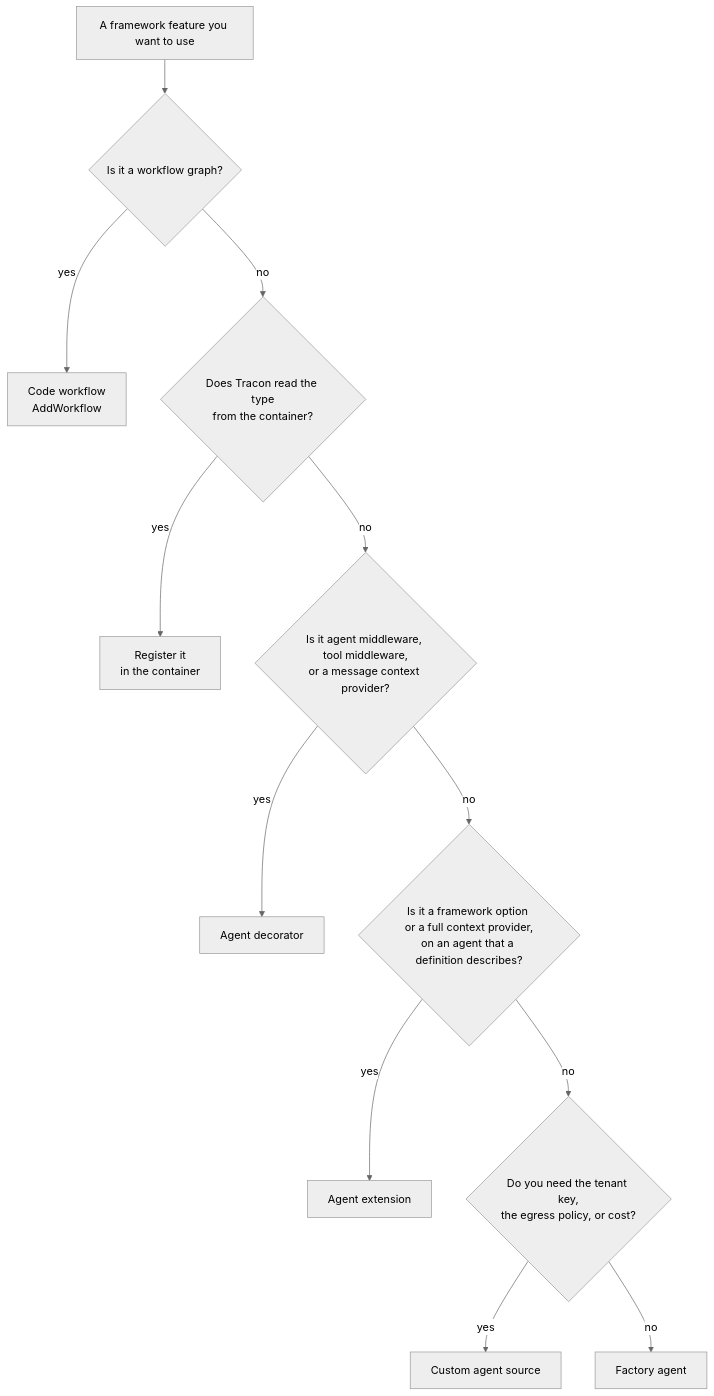
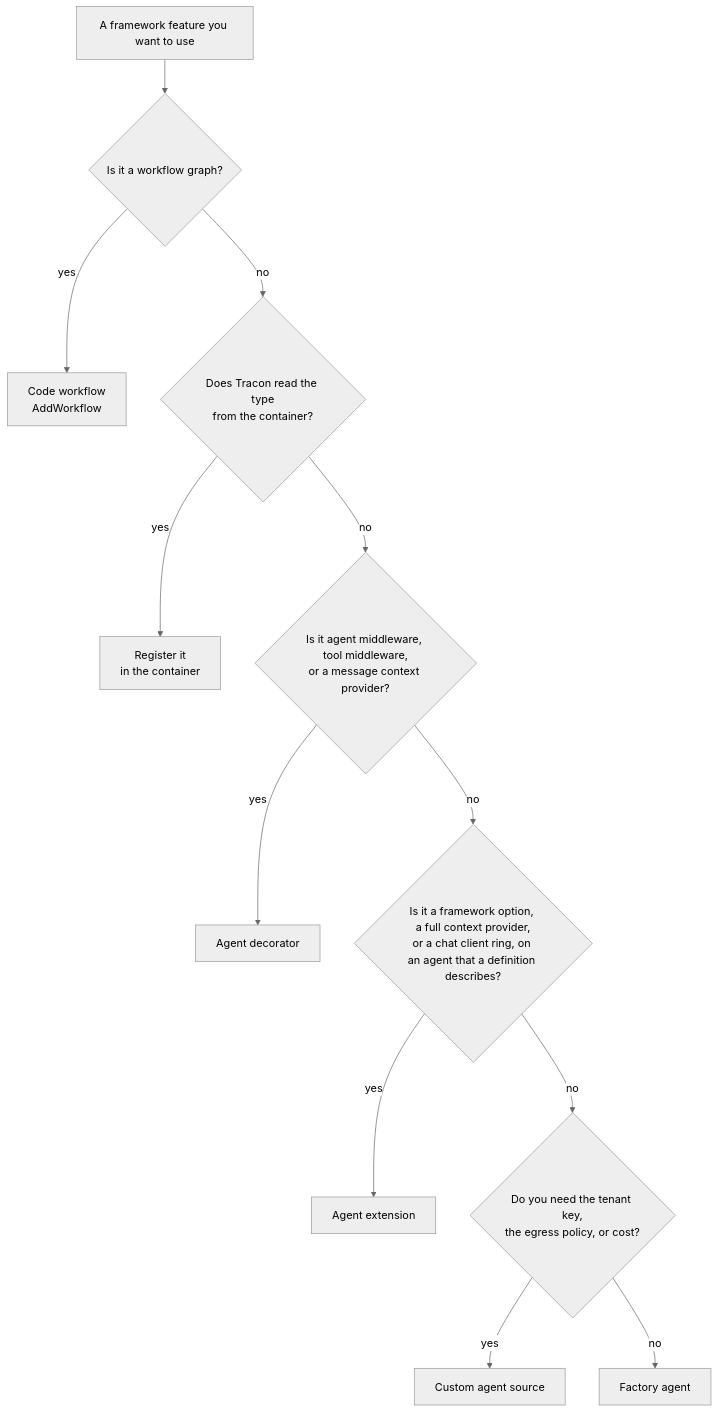
The first of 2 diagrams in docs-site/src/content/docs/guides/any-maf-feature.md (farukatasoy/Tracon), drawn with Mermaid (neutral theme) before and after one commit. The commit also changed other lines of this file and 31 other files, not shown here.

Commit message:
feat(extensions): an agent extension puts a chat client ring into the model pipeline

````diff
--- a/docs-site/src/content/docs/guides/any-maf-feature.md
+++ b/docs-site/src/content/docs/guides/any-maf-feature.md
@@ -38,16 +39,16 @@
 ```mermaid
 flowchart TD
     accTitle: Which door reaches a framework feature
-    accDescr: A decision tree. A workflow graph goes to a code workflow. A Microsoft.Extensions.AI type that Tracon reads from the container is registered in the container. Agent middleware, tool middleware, or a message context provider goes in an agent decorator. A framework option or a full context provider on an agent that a definition describes goes in an agent extension. Anything else needs an agent that code builds. If you need the tenant key, the egress policy, or cost, use a custom agent source. If you do not, use a factory agent.
+    accDescr: A decision tree. A workflow graph goes to a code workflow. A Microsoft.Extensions.AI type that Tracon reads from the container is registered in the container. Agent middleware, tool middleware, or a message context provider goes in an agent decorator. A framework option, a full context provider, or a chat client ring on an agent that a definition describes goes in an agent extension. Anything else needs an agent that code builds. If you need the tenant key, the egress policy, or cost, use a custom agent source. If you do not, use a factory agent.
     START["A framework feature you want to use"] --> GRAPH{"Is it a workflow graph?"}
     GRAPH -->|yes| WF["Code workflow<br/>AddWorkflow"]
     GRAPH -->|no| DI{"Does Tracon read the type<br/>from the container?"}
     DI -->|yes| REG["Register it<br/>in the container"]
     DI -->|no| MW{"Is it agent middleware, tool middleware,<br/>or a message context provider?"}
     MW -->|yes| DEC["Agent decorator"]
-    MW -->|no| OPT{"Is it a framework option or a full context provider,<br/>on an agent that a definition describes?"}
+    MW -->|no| OPT{"Is it a framework option, a full context provider,<br/>or a chat client ring, on an agent that a definition describes?"}
     OPT -->|yes| EXT["Agent extension"]
     OPT -->|no| KEY{"Do you need the tenant key,<br/>the egress policy, or cost?"}
     KEY -->|yes| SRC["Custom agent source"]
     KEY -->|no| FAC["Factory agent"]
 ```
````
